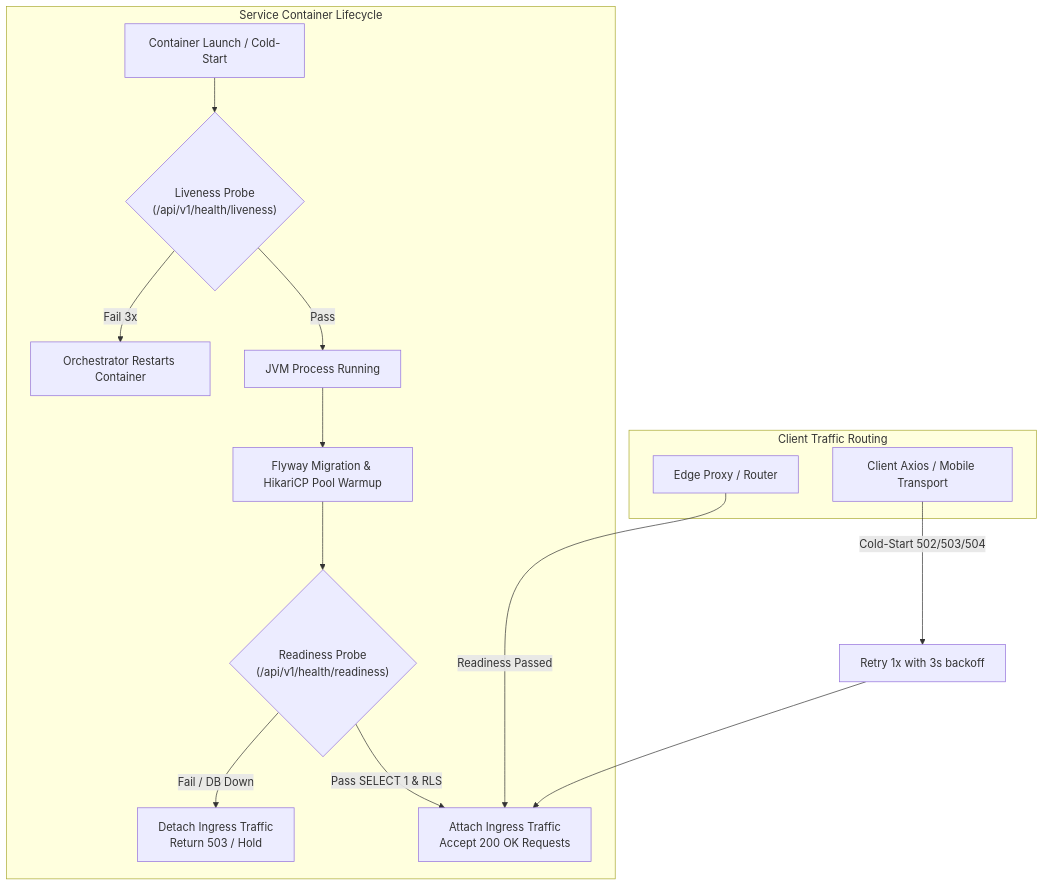
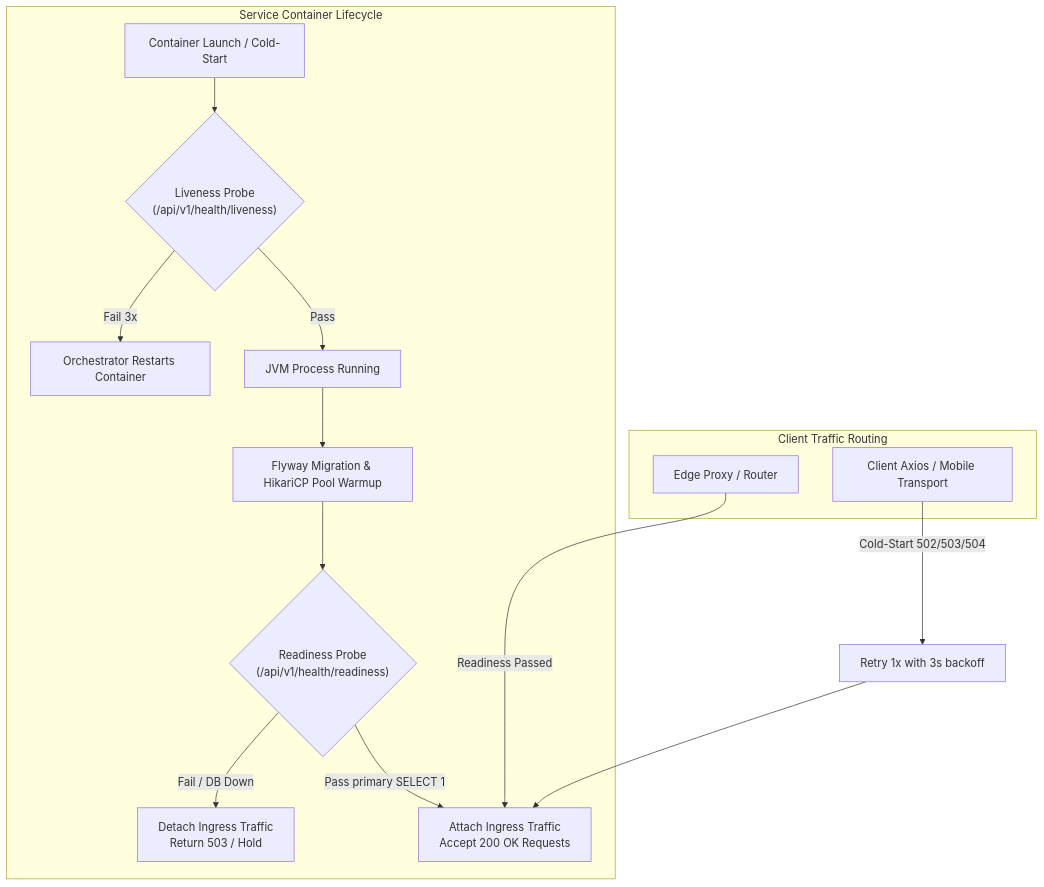
The diagram in docs/ecosystem/observability.md (JasonTM17/CampusCore_Ecosystem), drawn with Mermaid before and after one commit. The commit also changed other lines of this file and 4 other files, not shown here.

````diff
--- a/docs/ecosystem/observability.md
+++ b/docs/ecosystem/observability.md
@@ -156,22 +186,22 @@
 ```mermaid
 flowchart TD
     subgraph Client Traffic Routing
         Edge[Edge Proxy / Router]
         Axios[Client Axios / Mobile Transport]
     end
 
     subgraph Service Container Lifecycle
         Start[Container Launch / Cold-Start] --> LivenessProbe{"Liveness Probe\n(/api/v1/health/liveness)"}
         LivenessProbe -->|Fail 3x| Restart[Orchestrator Restarts Container]
         LivenessProbe -->|Pass| JVMAlive[JVM Process Running]
 
         JVMAlive --> Warmup[Flyway Migration & HikariCP Pool Warmup]
         Warmup --> ReadinessProbe{"Readiness Probe\n(/api/v1/health/readiness)"}
         ReadinessProbe -->|Fail / DB Down| DetachTraffic[Detach Ingress Traffic\nReturn 503 / Hold]
-        ReadinessProbe -->|Pass SELECT 1 & RLS| RouteTraffic[Attach Ingress Traffic\nAccept 200 OK Requests]
+        ReadinessProbe -->|Pass primary SELECT 1| RouteTraffic[Attach Ingress Traffic\nAccept 200 OK Requests]
     end
 
     Edge -->|Readiness Passed| RouteTraffic
     Axios -->|Cold-Start 502/503/504| Retry[Retry 1x with 3s backoff]
     Retry --> RouteTraffic
 ```
````
